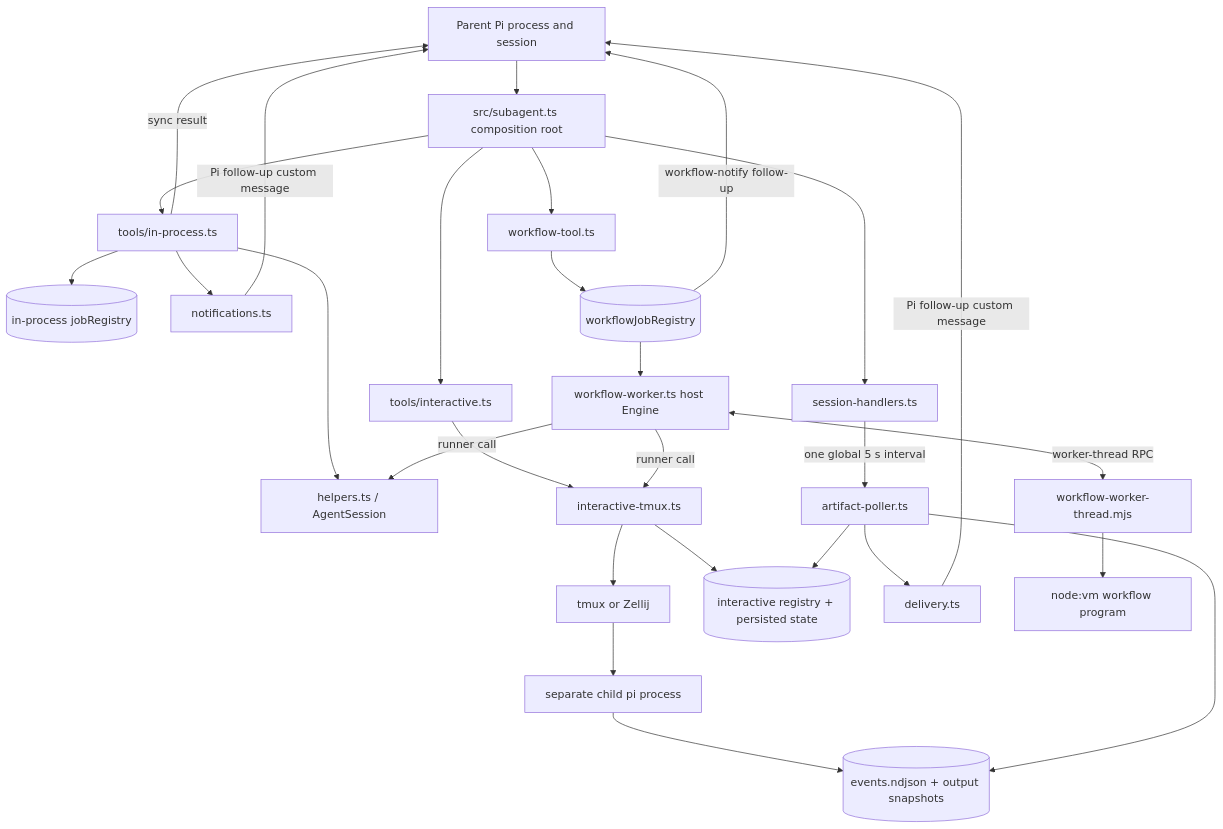
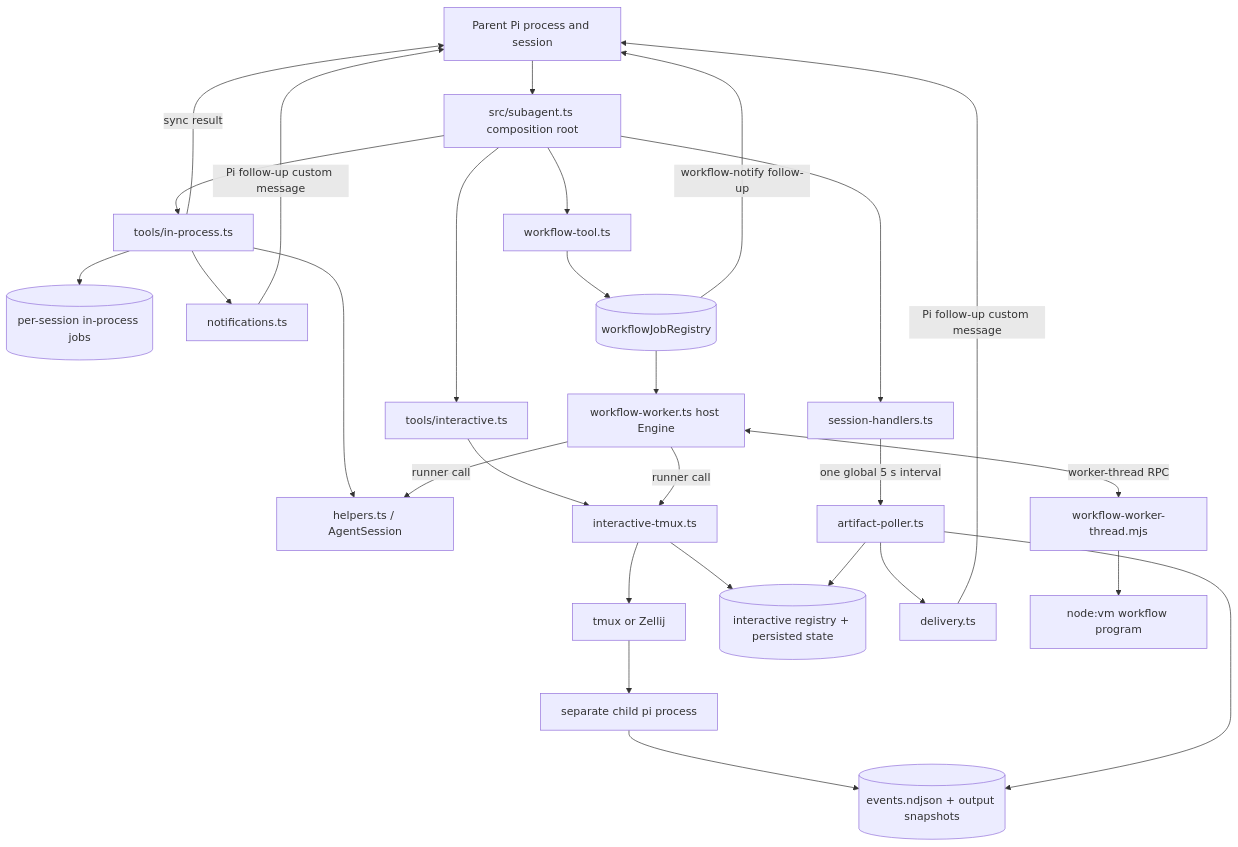
Before and after one commit to avi2d/pi-subagentura: the first of 9 diagrams in architecture.md, drawn with Mermaid. The commit also changed other lines of this file, not shown here.

Commit message:
docs: align architecture with session scopes

````diff
--- a/architecture.md
+++ b/architecture.md
@@ -32,57 +32,57 @@
 ```mermaid
 flowchart TB
   Parent[Parent Pi process and session]
   Root[src/subagent.ts composition root]
   Session[session-handlers.ts]
 
   InTools[tools/in-process.ts]
   InKernel[helpers.ts / AgentSession]
-  InJobs[(in-process jobRegistry)]
+  InJobs[(per-session in-process jobs)]
   InNotify[notifications.ts]
 
   IntTools[tools/interactive.ts]
   IntKernel[interactive-tmux.ts]
   Mux[tmux or Zellij]
   Child[separate child pi process]
   Artifacts[(events.ndjson + output snapshots)]
   IntJobs[(interactive registry + persisted state)]
   Poller[artifact-poller.ts]
   Delivery[delivery.ts]
 
   WfTools[workflow-tool.ts]
   WfJobs[(workflowJobRegistry)]
   Host[workflow-worker.ts host Engine]
   Worker[workflow-worker-thread.mjs]
   VM[node:vm workflow program]
 
   Parent --> Root
   Root --> Session
   Root --> InTools
   Root --> IntTools
   Root --> WfTools
 
   InTools --> InKernel
   InTools --> InJobs
   InTools --> InNotify
   InNotify -->|Pi follow-up custom message| Parent
   InTools -->|sync result| Parent
 
   IntTools --> IntKernel
   IntKernel --> Mux
   Mux --> Child
   Child --> Artifacts
   IntKernel --> IntJobs
   Session -->|one global 5 s interval| Poller
   Poller --> Artifacts
   Poller --> IntJobs
   Poller --> Delivery
   Delivery -->|Pi follow-up custom message| Parent
 
   WfTools --> WfJobs
   WfJobs --> Host
   Host <-->|worker-thread RPC| Worker
   Worker --> VM
   Host -->|runner call| InKernel
   Host -->|runner call| IntKernel
   WfJobs -->|workflow-notify follow-up| Parent
 ```
````
